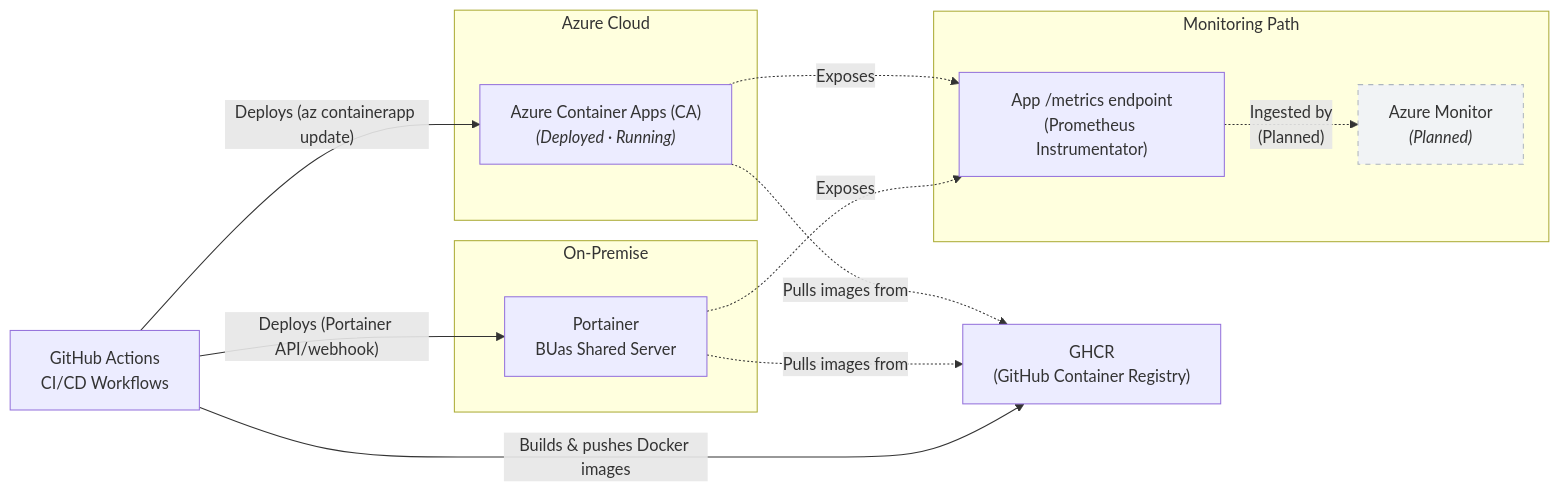
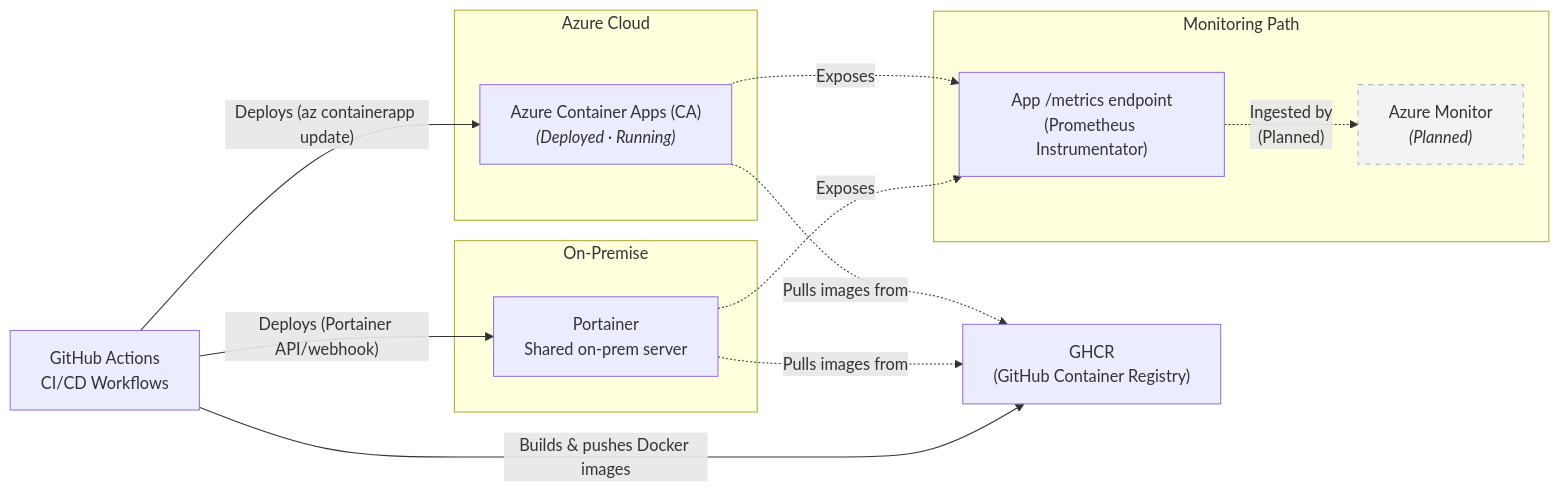
One commit to alex-krasnoshtanov/CV-Pipeline-Deployment-Platform changed the diagram in docs/architecture/deployment.md. Above: the diagram before and after it, drawn with Mermaid. The commit also changed 38 other files, not shown here.

````diff
--- a/docs/architecture/deployment.md
+++ b/docs/architecture/deployment.md
@@ -5,33 +5,33 @@
 ```mermaid
 flowchart LR
     %% Deployment Topology
     github["GitHub Actions<br/>CI/CD Workflows"]
     ghcr["GHCR<br/>(GitHub Container Registry)"]
     
     subgraph OnPremise [On-Premise]
-        portainer["Portainer<br/>BUas Shared Server"]
+        portainer["Portainer<br/>Shared on-prem server"]
     end
     
     subgraph Cloud [Azure Cloud]
         azureca["Azure Container Apps (CA)<br/><i>(Deployed · Running)</i>"]
     end
     
     github -- "Builds & pushes Docker images" --> ghcr
     github -- "Deploys (Portainer API/webhook)" --> portainer
     github -- "Deploys (az containerapp update)" --> azureca
     
     portainer -. "Pulls images from" .-> ghcr
     azureca -. "Pulls images from" .-> ghcr
     
     subgraph Monitoring [Monitoring Path]
         metrics["App /metrics endpoint<br/>(Prometheus Instrumentator)"]
         azuremon["Azure Monitor<br/><i>(Planned)</i>"]
     end
     
     portainer -. "Exposes" .-> metrics
     azureca -. "Exposes" .-> metrics
     metrics -. "Ingested by<br/>(Planned)" .-> azuremon
     
     classDef planned fill:#f1f3f5,stroke:#adb5bd,stroke-dasharray: 5 5
     class azuremon planned
 ```
````
